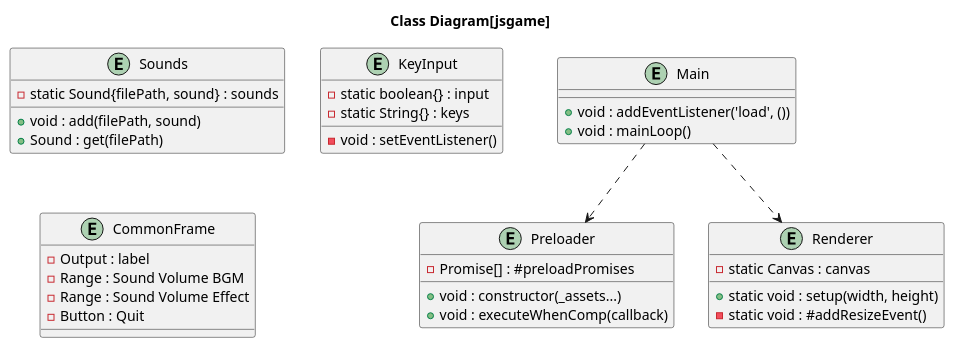
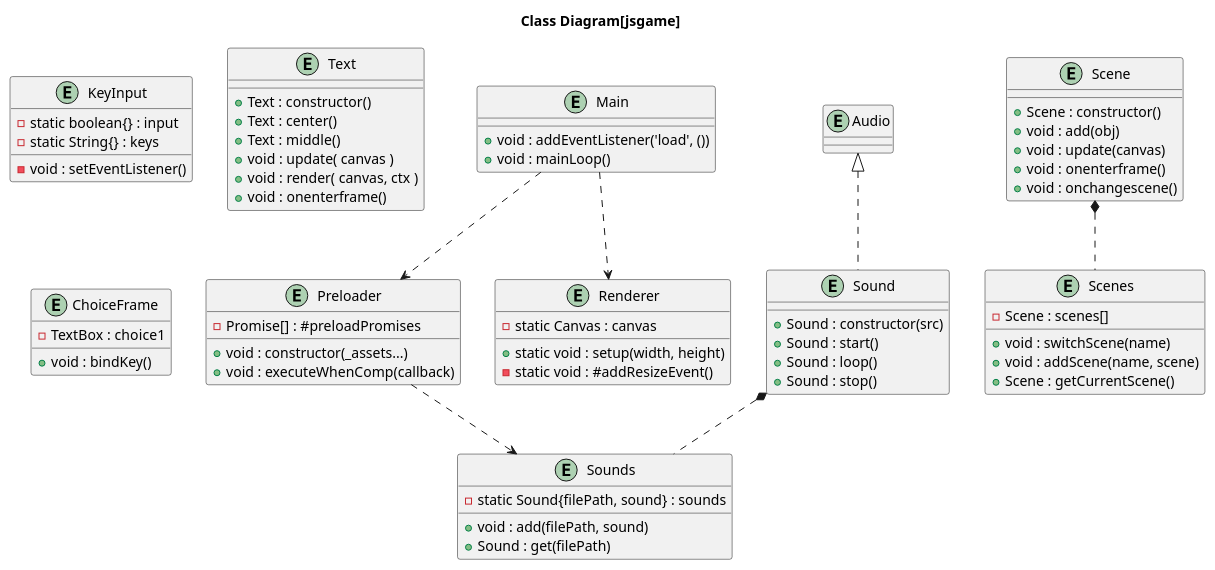
The diagram in choque/classDiagram.pu (k-daich/jsgame), drawn with PlantUML before and after one commit. The commit also changed 15 other files, not shown here.

```diff
--- a/choque/classDiagram.pu
+++ b/choque/classDiagram.pu
@@ -1,38 +1,69 @@
 @startuml
 title Class Diagram[jsgame]
 
+entity "KeyInput" {
+	{field}  - static boolean{} : input
+	{field}  - static String{} : keys
+	{method} - void : setEventListener()
+}
 entity "Main" {
 	{method} + void : addEventListener('load', ())
 	{method} + void : mainLoop()
 }
 entity "Preloader" {
 	{field}  - Promise[] : #preloadPromises
 	{method} + void : constructor(_assets...)
 	{method} + void : executeWhenComp(callback)
 }
 entity "Renderer" {
 	{field}  - static Canvas : canvas
 	{method} + static void : setup(width, height)
 	{method} - static void : #addResizeEvent()
 }
-
 entity "Sounds" {
 	{field}  - static Sound{filePath, sound} : sounds
 	{method} + void : add(filePath, sound)
 	{method} + Sound : get(filePath)
 }
-entity "KeyInput" {
-	{field}  - static boolean{} : input
-	{field}  - static String{} : keys
-	{method} - void : setEventListener()
+entity "Sound" {
+	{method} + Sound : constructor(src)
+	{method} + Sound : start()
+	{method} + Sound : loop()
+	{method} + Sound : stop()
 }
-entity "CommonFrame" {
-	{field}  - Output : label
-	{field}  - Range : Sound Volume BGM
-	{field}  - Range : Sound Volume Effect
-	{field}  - Button : Quit
+entity "Audio" {
+}
+entity "Scenes" {
+	{field}  - Scene : scenes[]
+	{method} + void : switchScene(name)
+	{method} + void : addScene(name, scene)
+	{method} + Scene : getCurrentScene()
+}
+entity "Scene" {
+	{method} + Scene : constructor()
+	{method} + void : add(obj)
+	{method} + void : update(canvas)
+	{method} + void : onenterframe()
+	{method} + void : onchangescene()
+}
+entity "Text" {
+	{method} + Text : constructor()
+	{method} + Text : center()
+	{method} + Text : middle()
+	{method} + void : update( canvas )
+	{method} + void : render( canvas, ctx )
+	{method} + void : onenterframe()
+}
+entity "ChoiceFrame" {
+	{field}  - TextBox : choice1
+
+	{method} + void : bindKey()
 }
 
+Main ..> Renderer
 Main ..> Preloader
-Main ..> Renderer
+Preloader ..> Sounds
+Sound *.. Sounds
+Audio <|.. Sound
+Scene *.. Scenes
 @enduml
```
